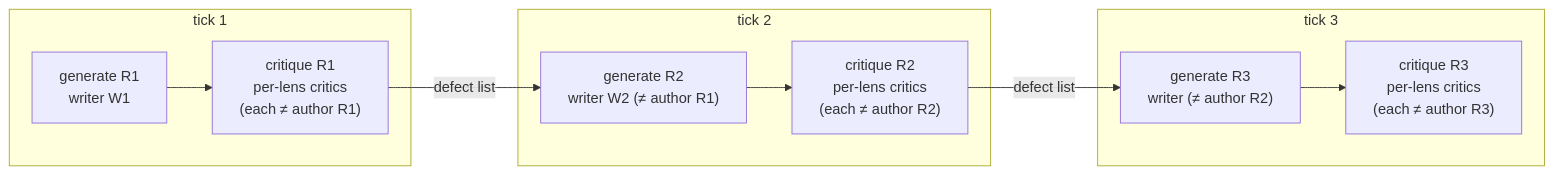
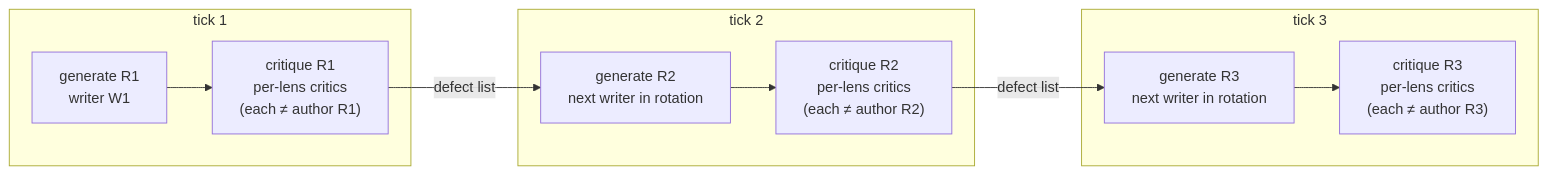
Before and after one commit to NickBorgers/reasonable-answer: the first of 6 diagrams in docs/architecture.md, drawn with Mermaid. The commit also changed other lines of this file and 5 other files, not shown here.

````diff
--- a/docs/architecture.md
+++ b/docs/architecture.md
@@ -51,14 +52,14 @@
 ```mermaid
 flowchart LR
     subgraph T1["tick 1"]
         G1["generate R1<br/>writer W1"] --> K1["critique R1<br/>per-lens critics<br/>(each ≠ author R1)"]
     end
     subgraph T2["tick 2"]
-        G2["generate R2<br/>writer W2 (≠ author R1)"] --> K2["critique R2<br/>per-lens critics<br/>(each ≠ author R2)"]
+        G2["generate R2<br/>next writer in rotation"] --> K2["critique R2<br/>per-lens critics<br/>(each ≠ author R2)"]
     end
     subgraph T3["tick 3"]
-        G3["generate R3<br/>writer (≠ author R2)"] --> K3["critique R3<br/>per-lens critics<br/>(each ≠ author R3)"]
+        G3["generate R3<br/>next writer in rotation"] --> K3["critique R3<br/>per-lens critics<br/>(each ≠ author R3)"]
     end
     K1 -->|defect list| G2
     K2 -->|defect list| G3
 ```
````
